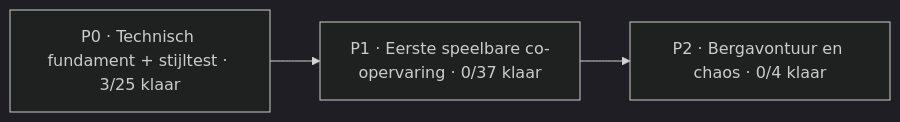
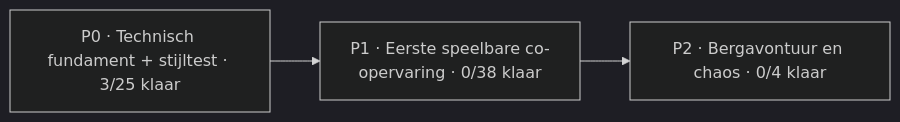
The diagram in Docs/PROJECT_BOARD.md (mlemson/conductor-chaos), drawn with Mermaid (dark theme) before and after one commit. The commit also changed other lines of this file, not shown here.

````diff
--- a/Docs/PROJECT_BOARD.md
+++ b/Docs/PROJECT_BOARD.md
@@ -13,7 +13,7 @@
 ```mermaid
 flowchart LR
     P0["P0 · Technisch fundament + stijltest · 3/25 klaar"]
-    P1["P1 · Eerste speelbare co-opervaring · 0/37 klaar"]
+    P1["P1 · Eerste speelbare co-opervaring · 0/38 klaar"]
     P2["P2 · Bergavontuur en chaos · 0/4 klaar"]
     P0 --> P1 --> P2
 ```
````
